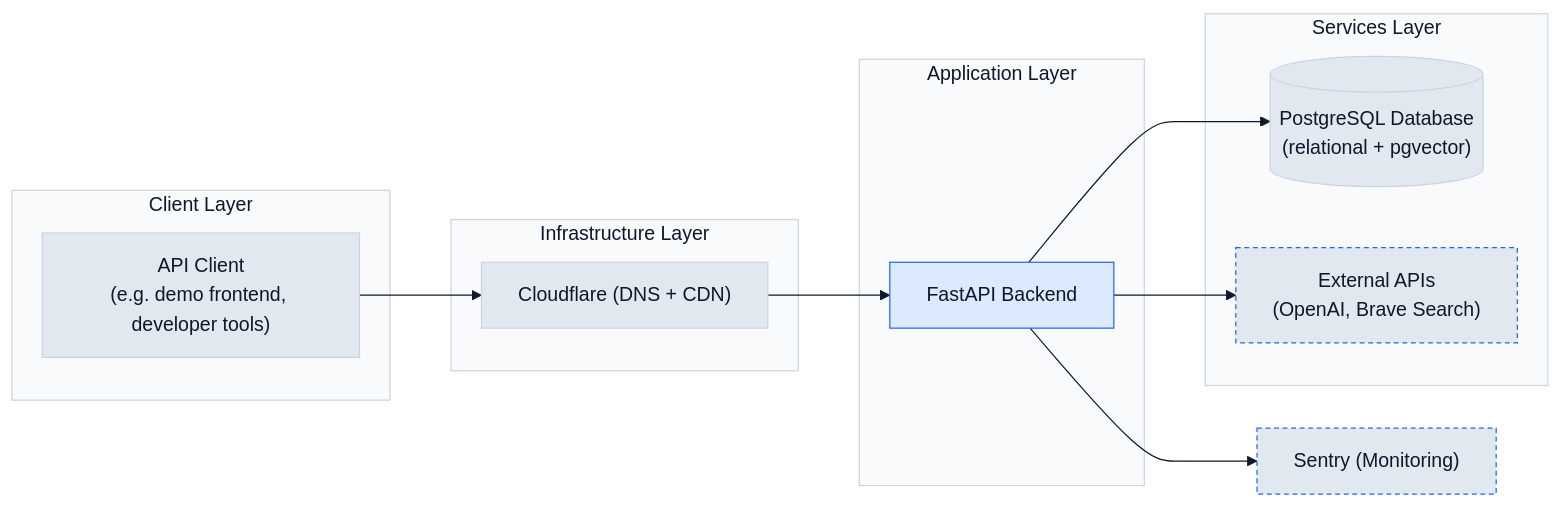
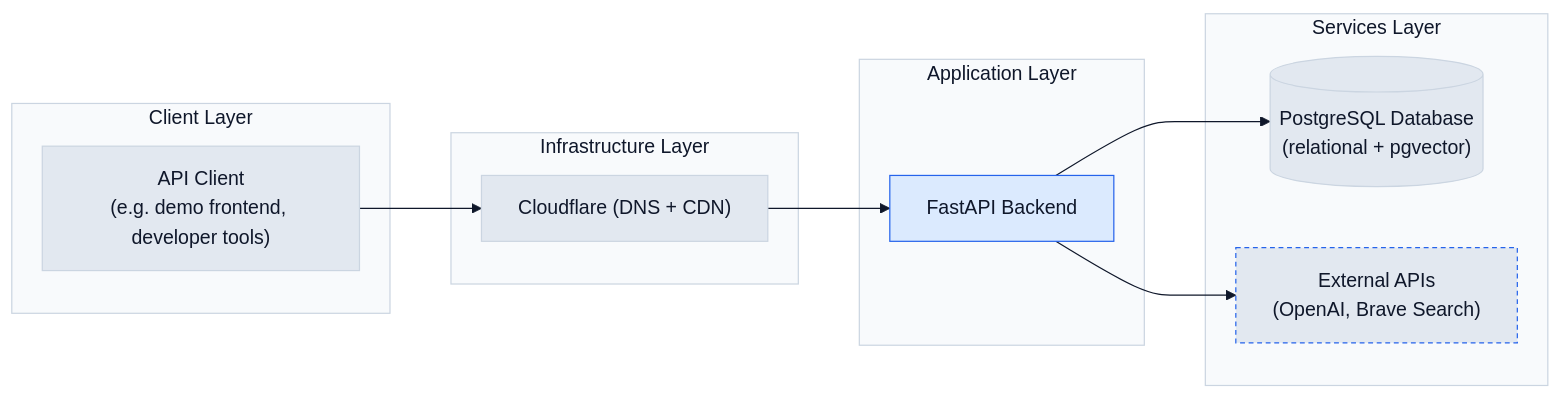
Before and after one commit to EmmanuelM-A/askdocumind-web: the diagram in diagrams/architecture/system-overview-light.mmd, drawn with Mermaid. The commit also changed 28 other files, not shown here.

```diff
--- a/diagrams/architecture/system-overview-light.mmd
+++ b/diagrams/architecture/system-overview-light.mmd
@@ -1,36 +1,33 @@
 %%{init: {'theme': 'base', 'themeVariables': { 'lineColor': '#0F172A', 'arrowheadColor': '#0F172A', 'background': 'transparent', 'clusterBkg': '#F8FAFC', 'clusterBorder': '#CBD5E1', 'titleColor': '#0F172A' }}}%%
 flowchart LR
     classDef neutral fill:#E2E8F0,stroke:#CBD5E1,color:#0F172A
     classDef core fill:#DBEAFE,stroke:#2563EB,color:#0F172A
     classDef ext fill:#E2E8F0,stroke:#2563EB,stroke-dasharray:4 3,color:#0F172A
 
     subgraph L1["Client Layer"]
         Client["API Client\n(e.g. demo frontend, developer tools)"]
     end
 
     subgraph L2["Infrastructure Layer"]
         CF["Cloudflare (DNS + CDN)"]
     end
 
     subgraph L3["Application Layer"]
         Backend["FastAPI Backend"]
     end
 
     subgraph L4["Services Layer"]
         DB[("PostgreSQL Database\n(relational + pgvector)")]
         APIs["External APIs\n(OpenAI, Brave Search)"]
     end
 
-    Sentry["Sentry (Monitoring)"]
-
     Client --> CF
     CF --> Backend
     Backend --> DB
     Backend --> APIs
-    Backend --> Sentry
 
     class Client neutral
     class CF neutral
     class Backend core
     class DB neutral
-    class APIs,Sentry ext
+    class APIs ext
```
